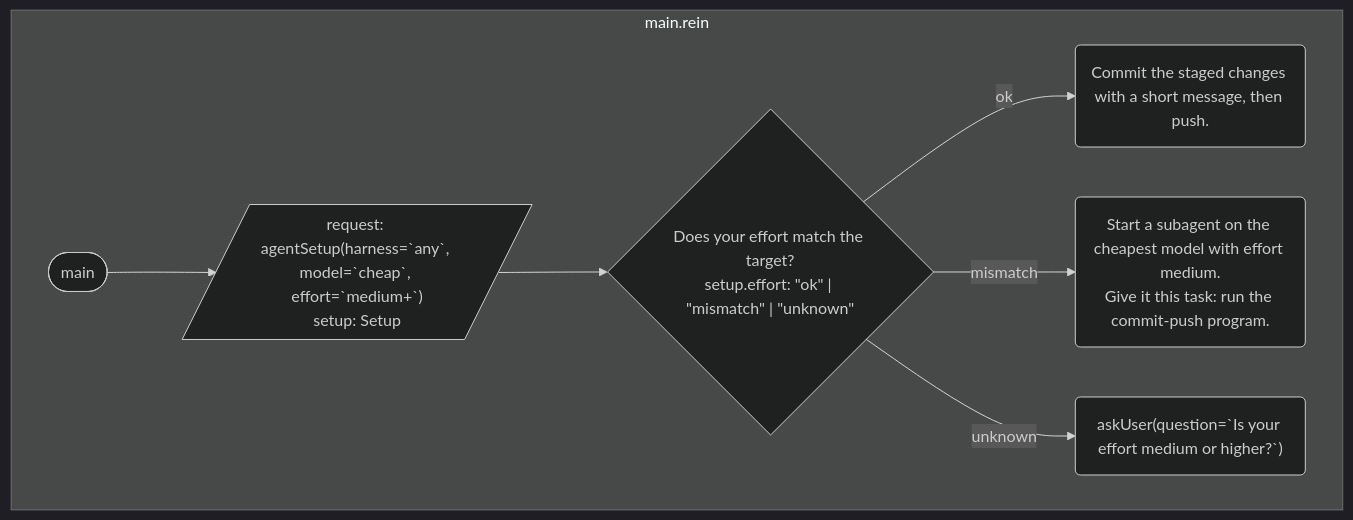
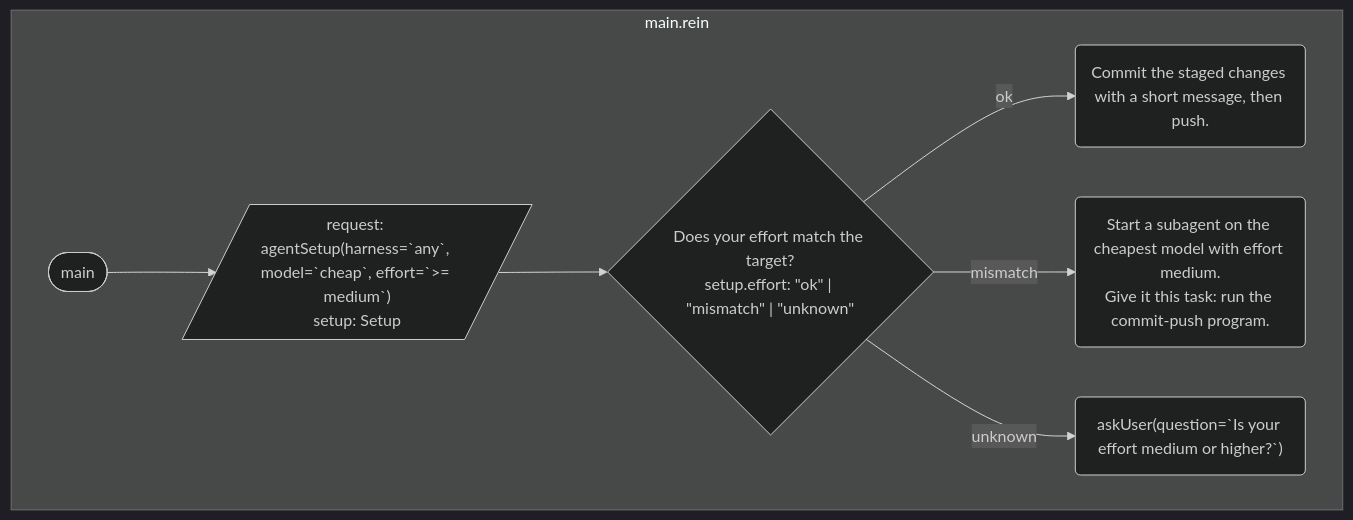
One commit to rein-lang/rein changed the diagram in website/docs/examples/commit-push.md. Above: the diagram before and after it, drawn with Mermaid (dark theme). The commit also changed 6 other files, not shown here.

Commit message:
feat(std): agentSetup targets use >, <, >=, <= instead of +

````diff
--- a/website/docs/examples/commit-push.md
+++ b/website/docs/examples/commit-push.md
@@ -11,16 +11,16 @@
 ```mermaid
 flowchart TD
     subgraph s0 ["main.rein"]
         f0(["main"])
-        f0_0[/"request: agentSetup(harness=ˋanyˋ, model=ˋcheapˋ, effort=ˋmedium+ˋ)<br/>setup: Setup"/]
+        f0_0[/"request: agentSetup(harness=ˋanyˋ, model=ˋcheapˋ, effort=ˋ#gt;= mediumˋ)<br/>setup: Setup"/]
         f0_1{"Does your effort match the target?<br/>setup.effort: #quot;ok#quot; | #quot;mismatch#quot; | #quot;unknown#quot;"}
         f0_2("Commit the staged changes with a short message, then push.")
         f0_3("Start a subagent on the cheapest model with effort medium.<br/>Give it this task: run the commit-push program.")
         f0_4("askUser(question=ˋIs your effort medium or higher?ˋ)")
     end
     f0 --> f0_0
     f0_0 --> f0_1
     f0_1 -->|"ok"| f0_2
     f0_1 -->|"mismatch"| f0_3
     f0_1 -->|"unknown"| f0_4
 ```
````
